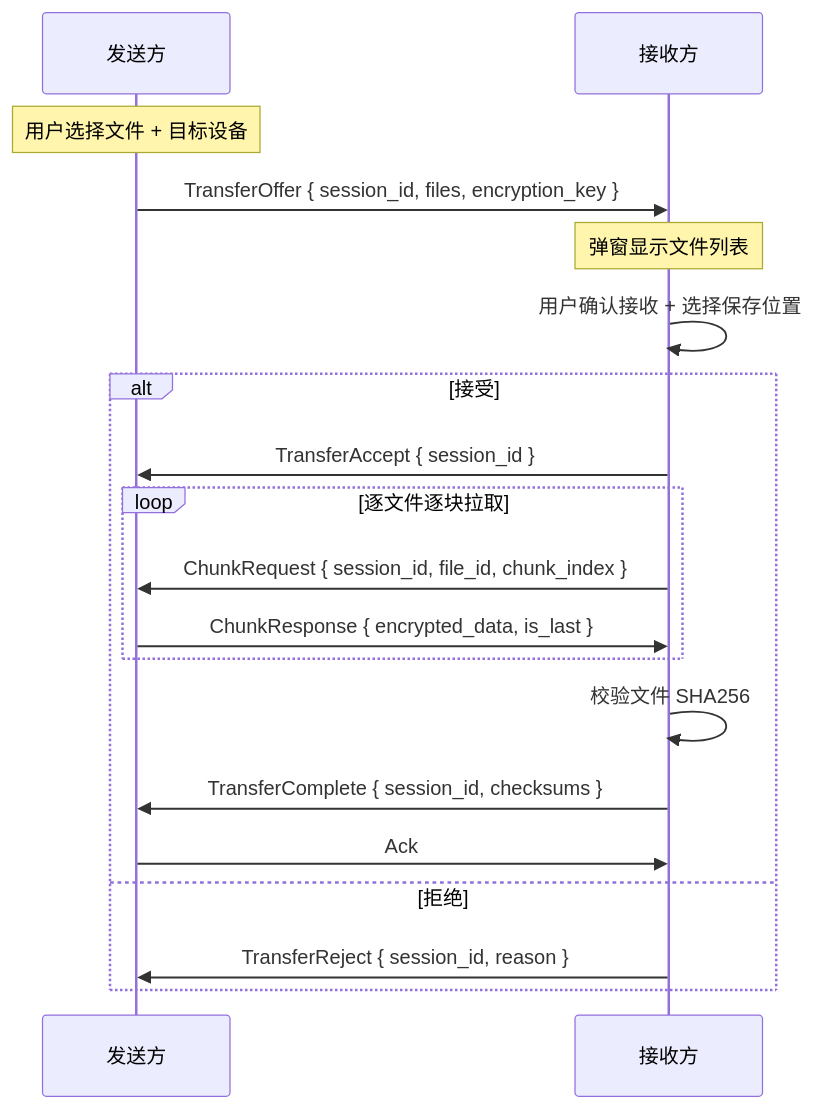
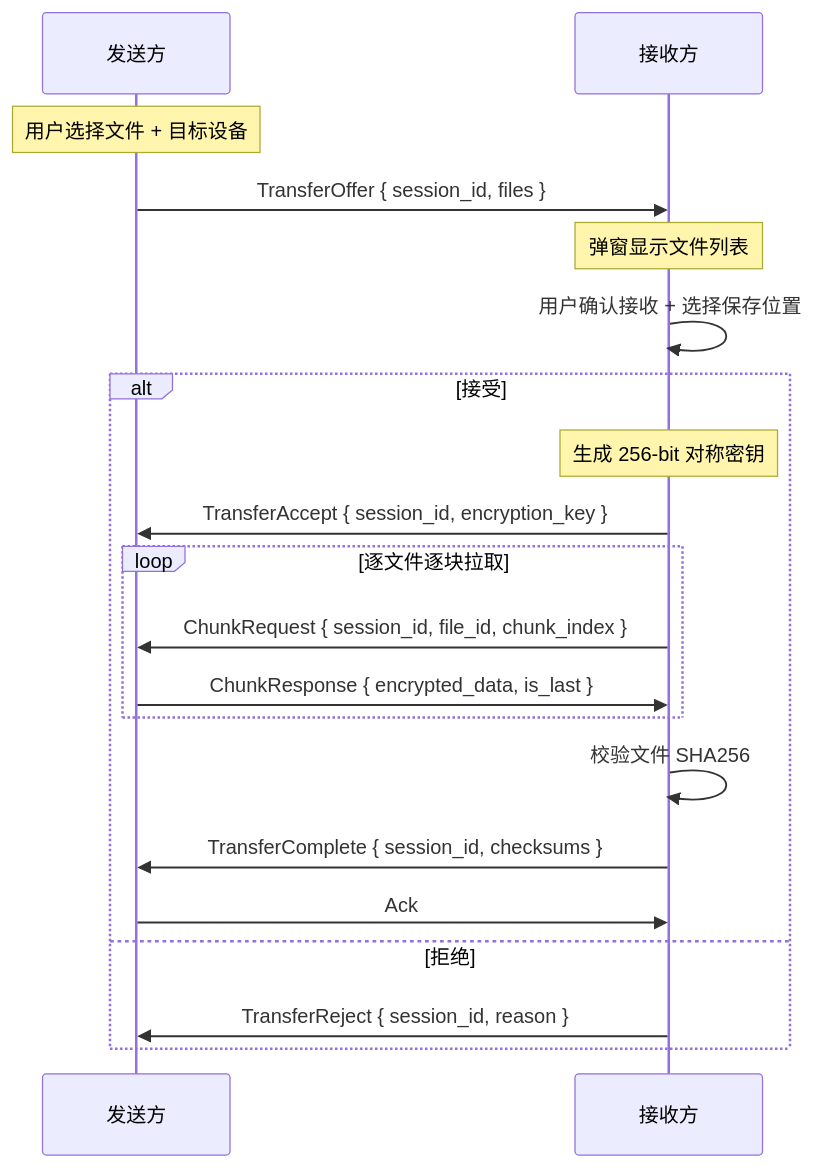
One commit to yexiyue/SwarmDrop changed the first of 3 diagrams in dev-notes/design/file-transfer-design.md. Above: the diagram before and after it, drawn with Mermaid. The commit also changed other lines of this file and 22 other files, not shown here.

````diff
--- a/dev-notes/design/file-transfer-design.md
+++ b/dev-notes/design/file-transfer-design.md
@@ -51,23 +51,24 @@
 ```mermaid
 sequenceDiagram
     participant S as 发送方
     participant R as 接收方
 
     Note over S: 用户选择文件 + 目标设备
-    S->>R: TransferOffer { session_id, files, encryption_key }
+    S->>R: TransferOffer { session_id, files }
     Note over R: 弹窗显示文件列表
     R->>R: 用户确认接收 + 选择保存位置
 
     alt 接受
-        R->>S: TransferAccept { session_id }
+        Note over R: 生成 256-bit 对称密钥
+        R->>S: TransferAccept { session_id, encryption_key }
         loop 逐文件逐块拉取
             R->>S: ChunkRequest { session_id, file_id, chunk_index }
             S->>R: ChunkResponse { encrypted_data, is_last }
         end
         R->>R: 校验文件 SHA256
         R->>S: TransferComplete { session_id, checksums }
         S->>R: Ack
     else 拒绝
         R->>S: TransferReject { session_id, reason }
     end
 ```
````
